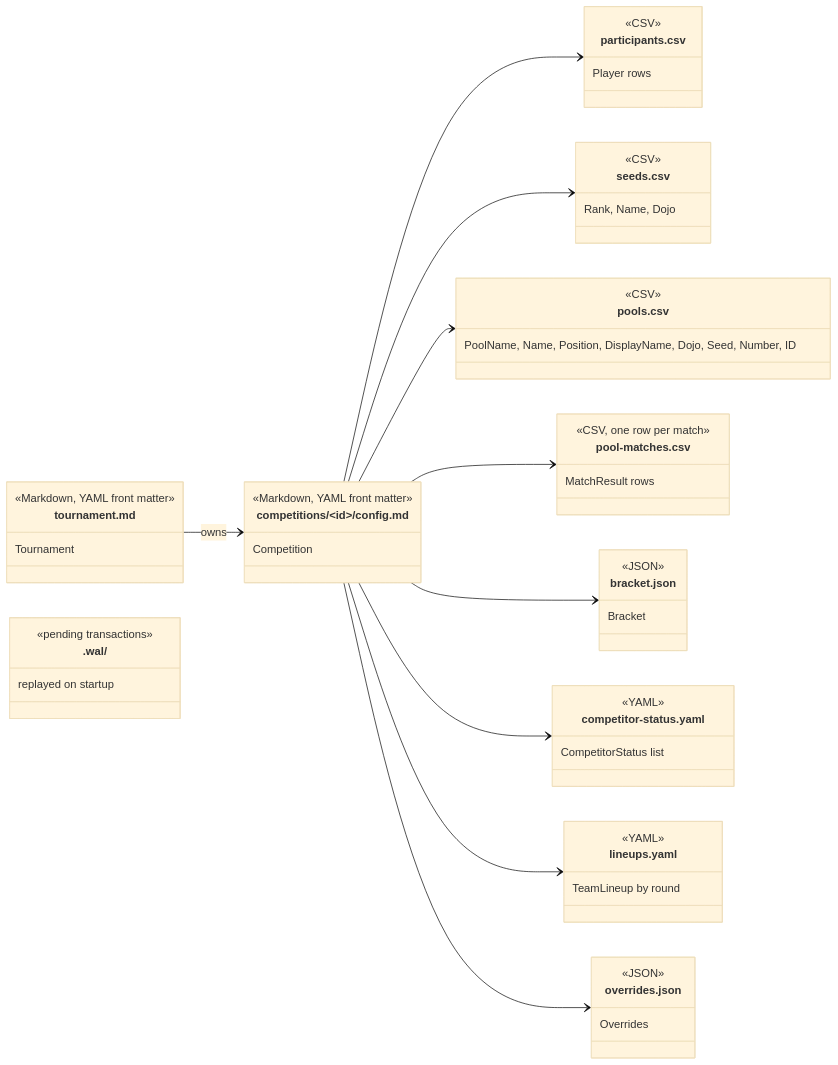
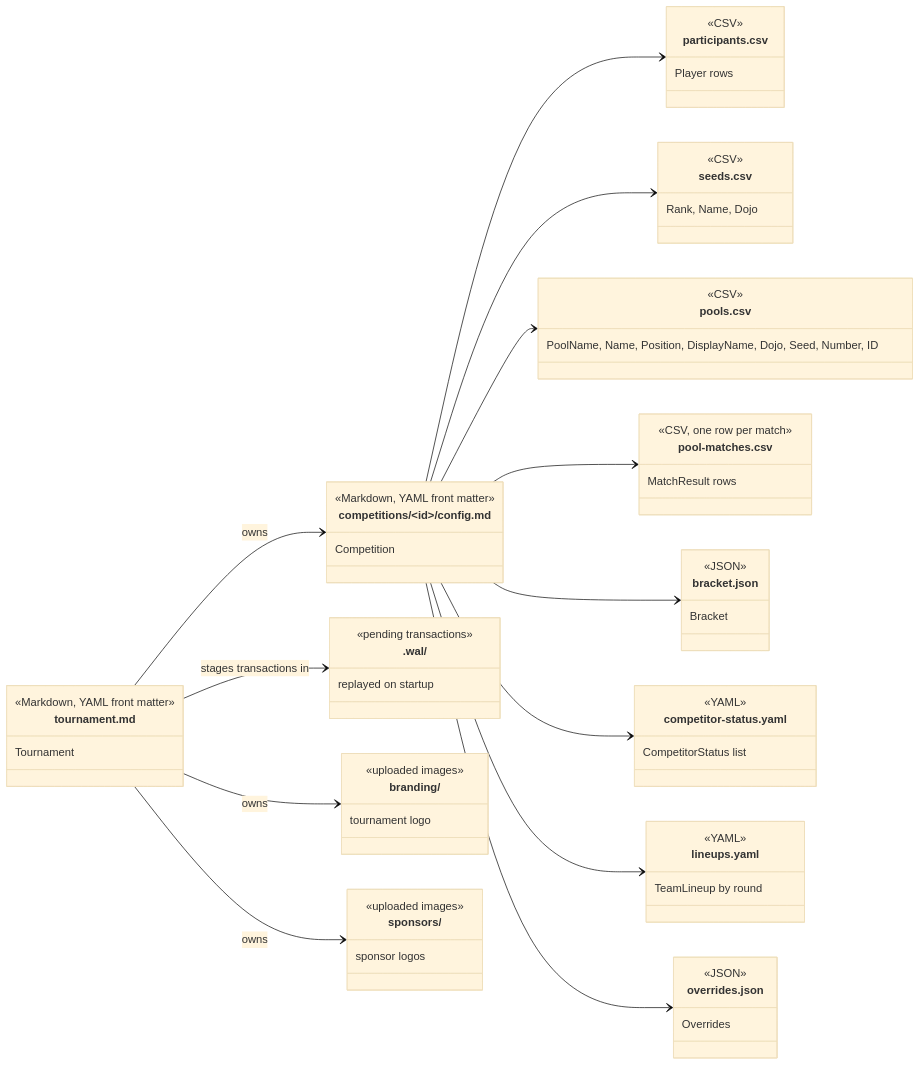
One commit to gitrgoliveira/bracket-creator changed the third of 4 diagrams in docs/architecture/data-model.md. Above: the diagram before and after it, drawn with Mermaid (base theme). The commit also changed other lines of this file and 4 other files, not shown here.

````diff
--- a/docs/architecture/data-model.md
+++ b/docs/architecture/data-model.md
@@ -250,59 +256,70 @@
 ```mermaid
 classDiagram
     direction LR
 
     class tournament_md["tournament.md"] {
         <<Markdown, YAML front matter>>
         Tournament
     }
     class config_md["competitions/&lt;id&gt;/config.md"] {
         <<Markdown, YAML front matter>>
         Competition
     }
     class participants_csv["participants.csv"] {
         <<CSV>>
         Player rows
     }
     class seeds_csv["seeds.csv"] {
         <<CSV>>
         Rank, Name, Dojo
     }
     class pools_csv["pools.csv"] {
         <<CSV>>
         PoolName, Name, Position, DisplayName, Dojo, Seed, Number, ID
     }
     class pool_matches_csv["pool-matches.csv"] {
         <<CSV, one row per match>>
         MatchResult rows
     }
     class bracket_json["bracket.json"] {
         <<JSON>>
         Bracket
     }
     class status_yaml["competitor-status.yaml"] {
         <<YAML>>
         CompetitorStatus list
     }
     class lineups_yaml["lineups.yaml"] {
         <<YAML>>
         TeamLineup by round
     }
     class overrides_json["overrides.json"] {
         <<JSON>>
         Overrides
     }
     class wal[".wal/"] {
         <<pending transactions>>
         replayed on startup
     }
+    class branding_dir["branding/"] {
+        <<uploaded images>>
+        tournament logo
+    }
+    class sponsors_dir["sponsors/"] {
+        <<uploaded images>>
+        sponsor logos
+    }
 
     tournament_md --> config_md : owns
+    tournament_md --> branding_dir : owns
+    tournament_md --> sponsors_dir : owns
+    tournament_md --> wal : stages transactions in
     config_md --> participants_csv
     config_md --> seeds_csv
     config_md --> pools_csv
     config_md --> pool_matches_csv
     config_md --> bracket_json
     config_md --> status_yaml
     config_md --> lineups_yaml
     config_md --> overrides_json
 ```
````
